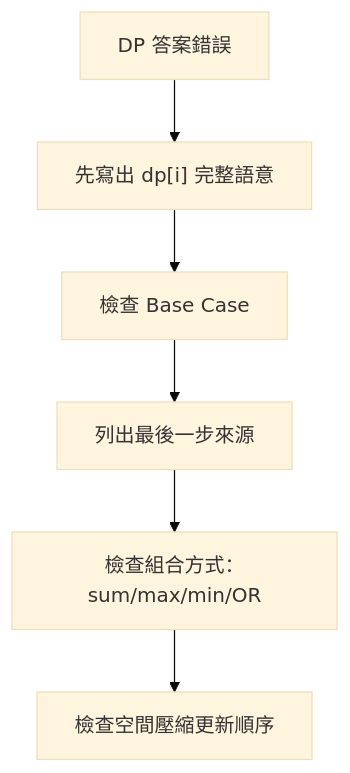
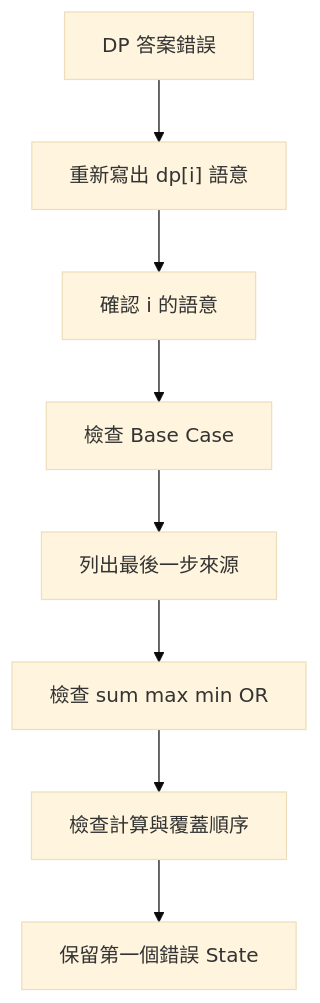
One commit to davidchen0970/algorithm_note changed the fourth of 4 diagrams in 09_dynamic_programming/38_one_dimensional_dp.md. Above: the diagram before and after it, drawn with Mermaid (base theme). The commit also changed other lines of this file, not shown here.

````diff
--- a/09_dynamic_programming/38_one_dimensional_dp.md
+++ b/09_dynamic_programming/38_one_dimensional_dp.md
@@ -666,8 +775,10 @@
 ```mermaid
 flowchart TD
-    A["DP 答案錯誤"] --> B["先寫出 dp[i] 完整語意"]
-    B --> C["檢查 Base Case"]
-    C --> D["列出最後一步來源"]
-    D --> E["檢查組合方式：sum/max/min/OR"]
-    E --> F["檢查空間壓縮更新順序"]
+    A["DP 答案錯誤"] --> B["重新寫出 dp[i] 語意"]
+    B --> C["確認 i 的語意"]
+    C --> D["檢查 Base Case"]
+    D --> E["列出最後一步來源"]
+    E --> F["檢查 sum max min OR"]
+    F --> G["檢查計算與覆蓋順序"]
+    G --> H["保留第一個錯誤 State"]
 ```
````
